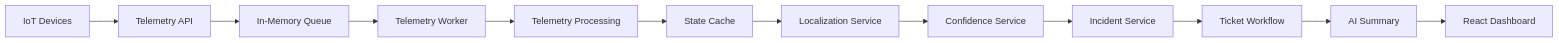
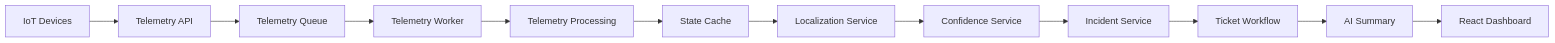
One commit to AarushBhagat/Propel changed the first of 3 diagrams in README.md. Above: the diagram before and after it, drawn with Mermaid. The commit also changed other lines of this file, not shown here.

````diff
--- a/README.md
+++ b/README.md
@@ -147,49 +159,15 @@
 ```mermaid
 flowchart LR
 
-A[IoT Devices]
-
--->
-
-B[Telemetry API]
-
--->
-
-C[In-Memory Queue]
-
--->
-
-D[Telemetry Worker]
-
--->
-
-E[Telemetry Processing]
-
--->
-
-F[State Cache]
-
--->
-
-G[Localization Service]
-
--->
-
-H[Confidence Service]
-
--->
-
-I[Incident Service]
-
--->
-
-J[Ticket Workflow]
-
--->
-
-K[AI Summary]
-
--->
-
-L[React Dashboard]
+A[IoT Devices] --> B[Telemetry API]
+B --> C[Telemetry Queue]
+C --> D[Telemetry Worker]
+D --> E[Telemetry Processing]
+E --> F[State Cache]
+F --> G[Localization Service]
+G --> H[Confidence Service]
+H --> I[Incident Service]
+I --> J[Ticket Workflow]
+J --> K[AI Summary]
+K --> L[React Dashboard]
 ```
````
